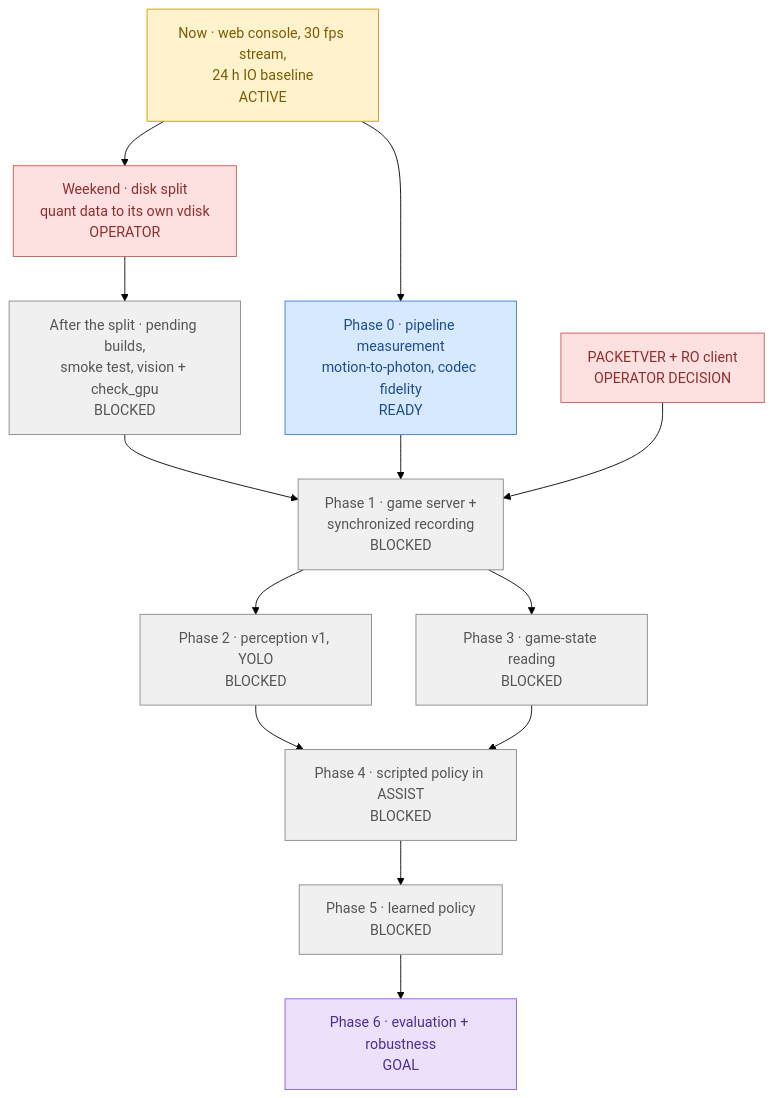
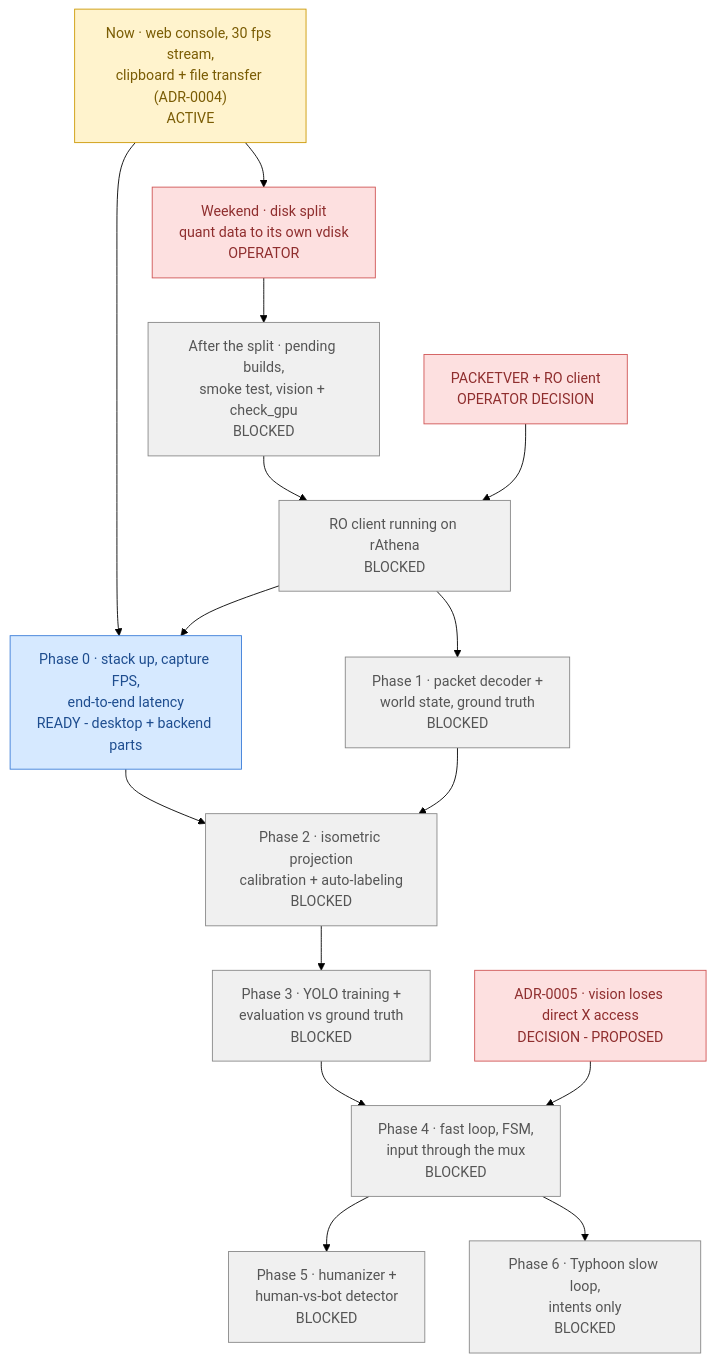
One commit to lumduan/poring-lab changed the diagram in docs/ROADMAP.md. Above: the diagram before and after it, drawn with Mermaid (forest theme). The commit also changed other lines of this file and 5 other files, not shown here.

First line of the commit message:
docs: ADR-0004 accepted, ADR-0005 proposed, ROADMAP phases 0-6, /dev/shm rule

````diff
--- a/docs/ROADMAP.md
+++ b/docs/ROADMAP.md
@@ -11,34 +11,40 @@
 ```mermaid
 flowchart TD
-    N1["Now · web console, 30 fps stream,<br/>24 h IO baseline<br/>ACTIVE"]
+    N1["Now · web console, 30 fps stream,<br/>clipboard + file transfer (ADR-0004)<br/>ACTIVE"]
     N2["Weekend · disk split<br/>quant data to its own vdisk<br/>OPERATOR"]
     N3["After the split · pending builds,<br/>smoke test, vision + check_gpu<br/>BLOCKED"]
     D1["PACKETVER + RO client<br/>OPERATOR DECISION"]
-    P0["Phase 0 · pipeline measurement<br/>motion-to-photon, codec fidelity<br/>READY"]
-    P1["Phase 1 · game server +<br/>synchronized recording<br/>BLOCKED"]
-    P2["Phase 2 · perception v1, YOLO<br/>BLOCKED"]
-    P3["Phase 3 · game-state reading<br/>BLOCKED"]
-    P4["Phase 4 · scripted policy in ASSIST<br/>BLOCKED"]
-    P5["Phase 5 · learned policy<br/>BLOCKED"]
-    P6["Phase 6 · evaluation + robustness<br/>GOAL"]
+    S1["RO client running on rAthena<br/>BLOCKED"]
+    D2["ADR-0005 · vision loses direct X access<br/>DECISION - PROPOSED"]
+    P0["Phase 0 · stack up, capture FPS,<br/>end-to-end latency<br/>READY - desktop + backend parts"]
+    P1["Phase 1 · packet decoder +<br/>world state, ground truth<br/>BLOCKED"]
+    P2["Phase 2 · isometric projection<br/>calibration + auto-labeling<br/>BLOCKED"]
+    P3["Phase 3 · YOLO training +<br/>evaluation vs ground truth<br/>BLOCKED"]
+    P4["Phase 4 · fast loop, FSM,<br/>input through the mux<br/>BLOCKED"]
+    P5["Phase 5 · humanizer +<br/>human-vs-bot detector<br/>BLOCKED"]
+    P6["Phase 6 · Typhoon slow loop,<br/>intents only<br/>BLOCKED"]
 
-    N1 --> N2 --> N3 --> P1
-    N1 --> P0 --> P1
-    D1 --> P1
-    P1 --> P2 --> P4
-    P1 --> P3 --> P4
-    P4 --> P5 --> P6
+    N1 --> N2 --> N3 --> S1
+    D1 --> S1
+    N1 --> P0
+    S1 --> P0
+    S1 --> P1
+    P0 --> P2
+    P1 --> P2
+    P2 --> P3 --> P4
+    D2 --> P4
+    P4 --> P5
+    P4 --> P6
 
     classDef done     fill:#d4f4dd,stroke:#2d8a4e,color:#1a5c33
     classDef active   fill:#fff3cd,stroke:#cc9a06,color:#7a5c04
     classDef ready    fill:#d6e9ff,stroke:#3b7dd8,color:#1e4d8f
     classDef blocked  fill:#f0f0f0,stroke:#888,color:#555
     classDef decision fill:#fde0e0,stroke:#d05555,color:#8f2e2e
     classDef goal     fill:#ede0fb,stroke:#8a5cd8,color:#4d2e8f
 
     class N1 active
-    class N2,D1 decision
+    class N2,D1,D2 decision
     class P0 ready
-    class N3,P1,P2,P3,P4,P5 blocked
-    class P6 goal
+    class N3,S1,P1,P2,P3,P4,P5,P6 blocked
 ```
````
